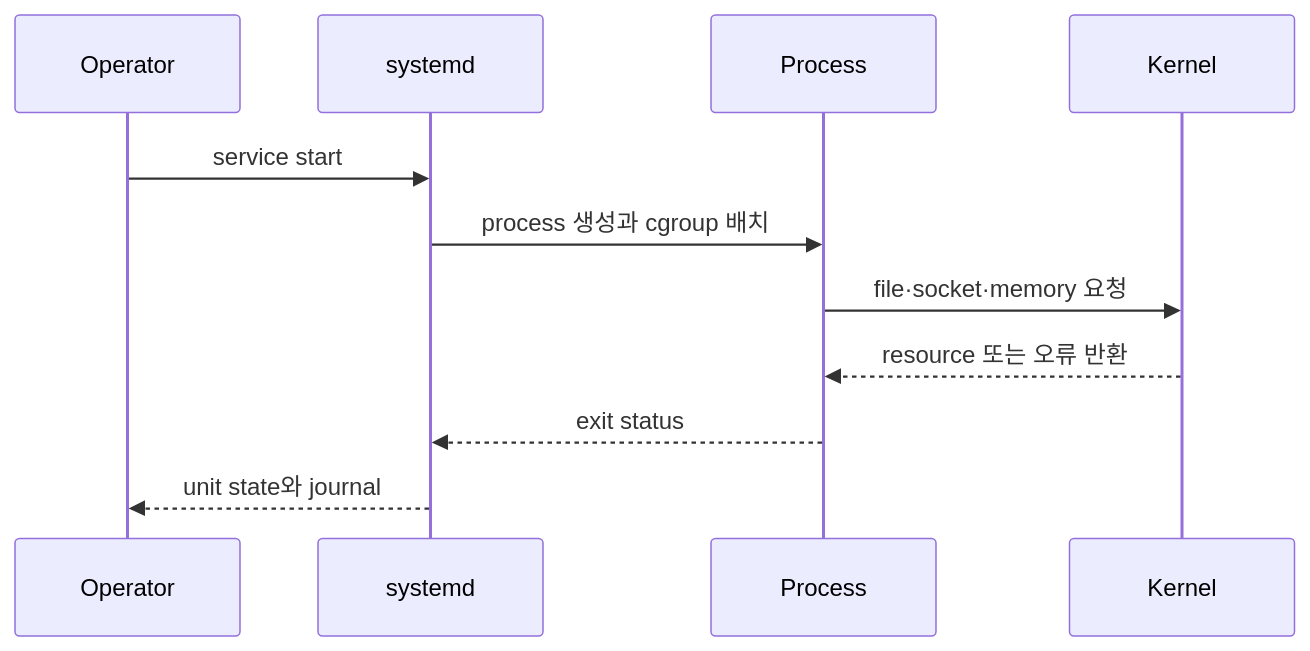
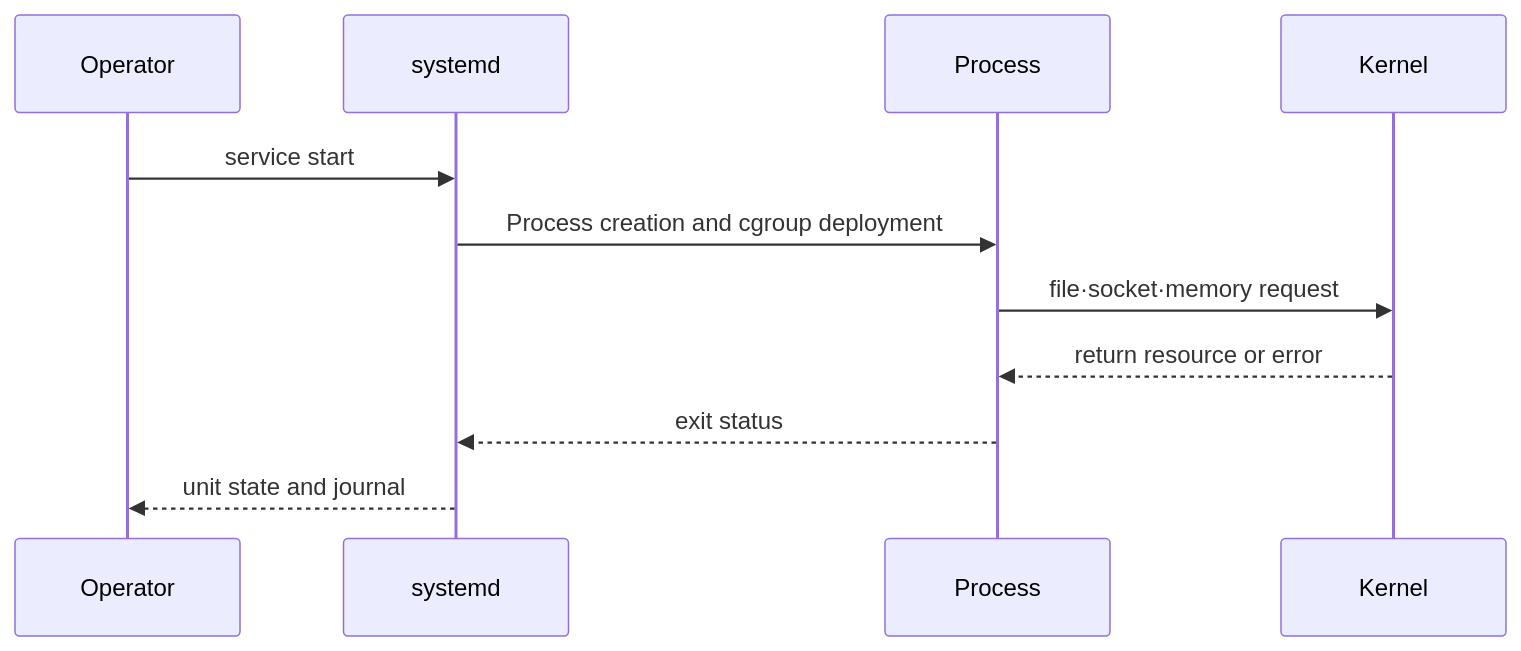
The diagram in docs-site/content/linux/01-process-and-resource-model.md (nohdol97/nohdol-study), drawn with Mermaid before and after one commit. The commit also changed other lines of this file and 116 other files, not shown here.

````diff
--- a/docs-site/content/linux/01-process-and-resource-model.md
+++ b/docs-site/content/linux/01-process-and-resource-model.md
@@ -50,13 +50,13 @@
 ```mermaid
 sequenceDiagram
     participant O as Operator
     participant S as systemd
     participant P as Process
     participant K as Kernel
     O->>S: service start
-    S->>P: process 생성과 cgroup 배치
-    P->>K: file·socket·memory 요청
-    K-->>P: resource 또는 오류 반환
+    S->>P: Process creation and cgroup deployment
+    P->>K: file·socket·memory request
+    K-->>P: return resource or error
     P-->>S: exit status
-    S-->>O: unit state와 journal
+    S-->>O: unit state and journal
 ```
````
